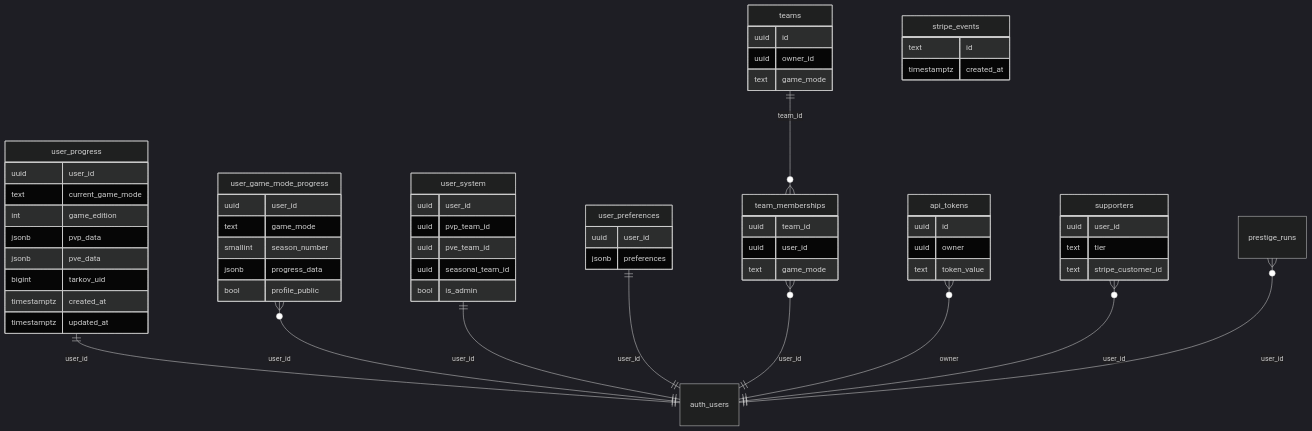
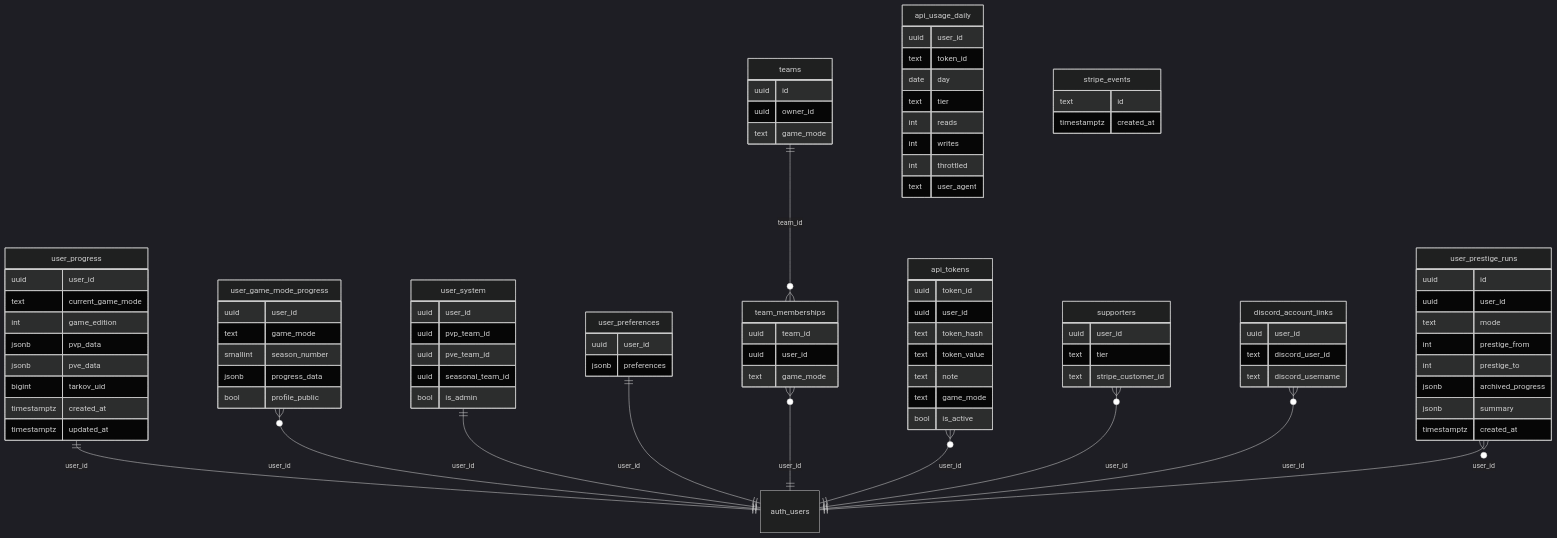
The third of 3 diagrams in docs/agent-context/summary/data_models.md (tarkovtracker-org/TarkovTracker), drawn with Mermaid (dark theme) before and after one commit. The commit also changed other lines of this file and 5 other files, not shown here.

```diff
--- a/docs/agent-context/summary/data_models.md
+++ b/docs/agent-context/summary/data_models.md
@@ -194,9 +194,10 @@
     user_preferences ||--|| auth_users : "user_id"
     teams ||--o{ team_memberships : "team_id"
     team_memberships }o--|| auth_users : "user_id"
-    api_tokens }o--|| auth_users : "owner"
+    api_tokens }o--|| auth_users : "user_id"
     supporters }o--|| auth_users : "user_id"
-    prestige_runs }o--|| auth_users : "user_id"
+    discord_account_links }o--|| auth_users : "user_id"
+    user_prestige_runs }o--|| auth_users : "user_id"
 
     user_progress {
         uuid user_id
@@ -237,15 +238,44 @@
         text game_mode
     }
     api_tokens {
-        uuid id
-        uuid owner
+        uuid token_id
+        uuid user_id
+        text token_hash
         text token_value
+        text note
+        text game_mode
+        bool is_active
+    }
+    api_usage_daily {
+        uuid user_id
+        text token_id
+        date day
+        text tier
+        int reads
+        int writes
+        int throttled
+        text user_agent
     }
     supporters {
         uuid user_id
         text tier
         text stripe_customer_id
     }
+    discord_account_links {
+        uuid user_id
+        text discord_user_id
+        text discord_username
+    }
+    user_prestige_runs {
+        uuid id
+        uuid user_id
+        text mode
+        int prestige_from
+        int prestige_to
+        jsonb archived_progress
+        jsonb summary
+        timestamptz created_at
+    }
     stripe_events {
         text id
         timestamptz created_at
```
